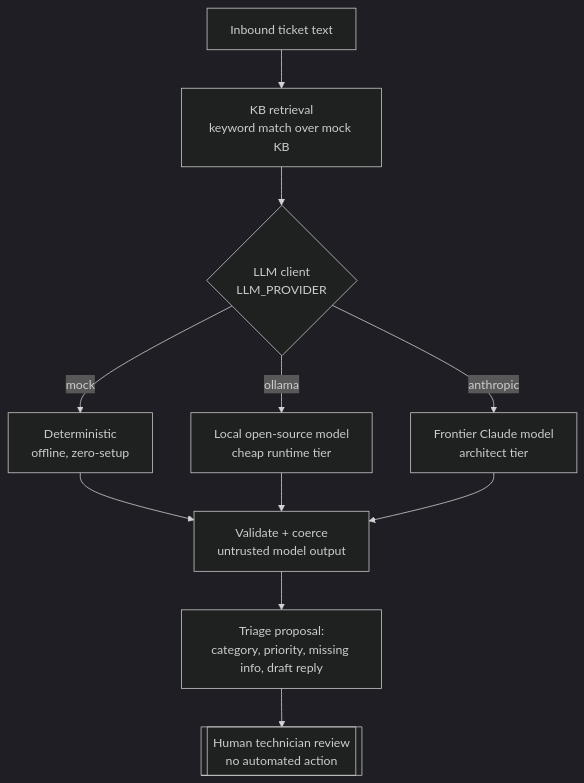
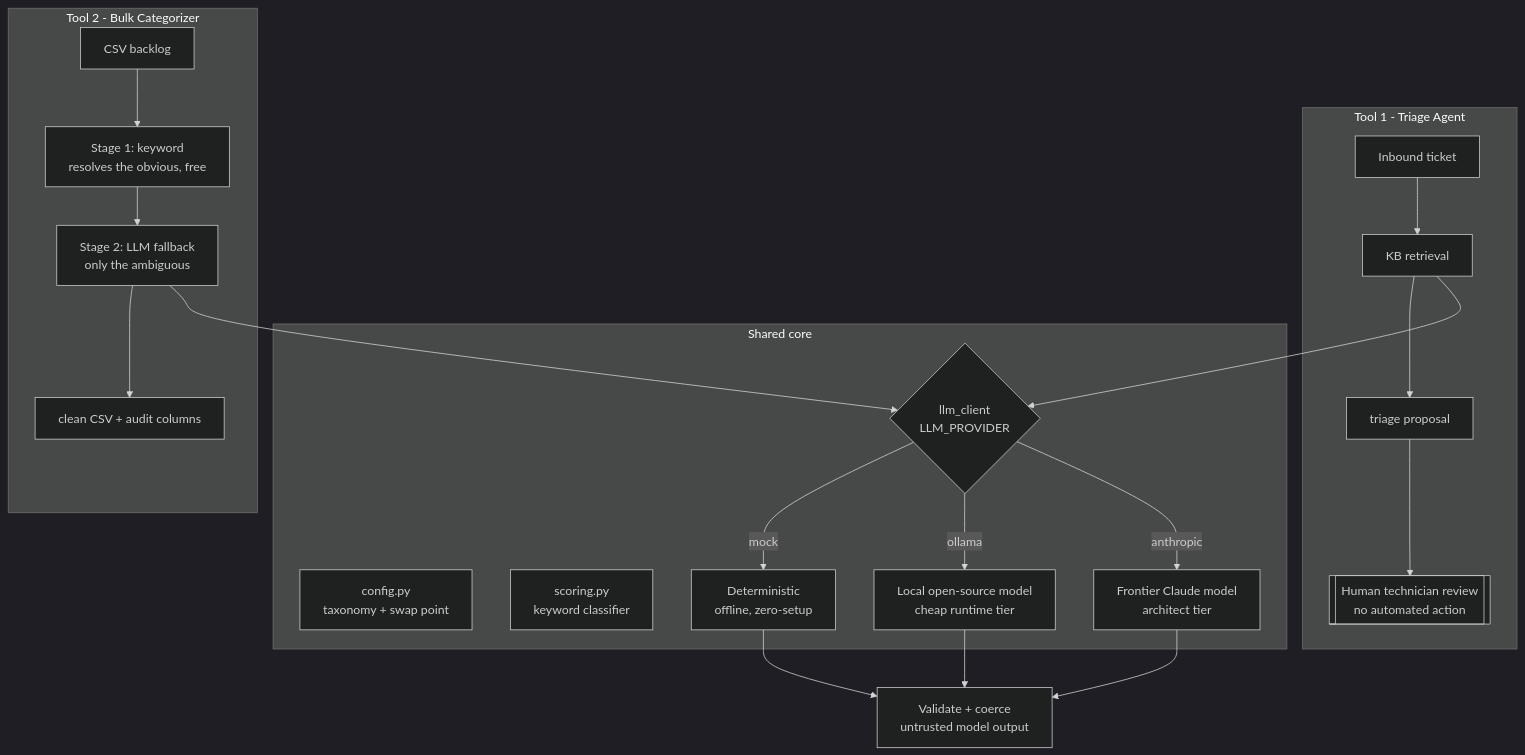
The diagram in README.md (gareisin/helpdesk-ai-toolkit), drawn with Mermaid (dark theme) before and after one commit. The commit also changed other lines of this file, not shown here.

First line of the commit message:
Reframe README as a two-tool toolkit

````diff
--- a/README.md
+++ b/README.md
@@ -36,13 +32,28 @@
 ```mermaid
 flowchart TD
-    A[Inbound ticket text] --> B[KB retrieval<br/>keyword match over mock KB]
-    B --> C{LLM client<br/>LLM_PROVIDER}
-    C -->|mock| D[Deterministic<br/>offline, zero-setup]
-    C -->|ollama| E[Local open-source model<br/>cheap runtime tier]
-    C -->|anthropic| F[Frontier Claude model<br/>architect tier]
-    D --> G[Validate + coerce<br/>untrusted model output]
-    E --> G
-    F --> G
-    G --> H[Triage proposal:<br/>category, priority, missing info, draft reply]
-    H --> I[[Human technician review<br/>no automated action]]
+    subgraph shared [Shared core]
+        S1[config.py<br/>taxonomy + swap point]
+        S2[scoring.py<br/>keyword classifier]
+        S3{llm_client<br/>LLM_PROVIDER}
+        S3 -->|mock| M[Deterministic<br/>offline, zero-setup]
+        S3 -->|ollama| O[Local open-source model<br/>cheap runtime tier]
+        S3 -->|anthropic| F[Frontier Claude model<br/>architect tier]
+    end
+
+    subgraph t1 [Tool 1 - Triage Agent]
+        A[Inbound ticket] --> KB[KB retrieval] --> TR[triage proposal]
+        TR --> HU[[Human technician review<br/>no automated action]]
+    end
+
+    subgraph t2 [Tool 2 - Bulk Categorizer]
+        C[CSV backlog] --> ST1[Stage 1: keyword<br/>resolves the obvious, free]
+        ST1 --> ST2[Stage 2: LLM fallback<br/>only the ambiguous]
+        ST2 --> OUT[clean CSV + audit columns]
+    end
+
+    KB --> S3
+    ST2 --> S3
+    M --> V[Validate + coerce<br/>untrusted model output]
+    O --> V
+    F --> V
 ```
````
